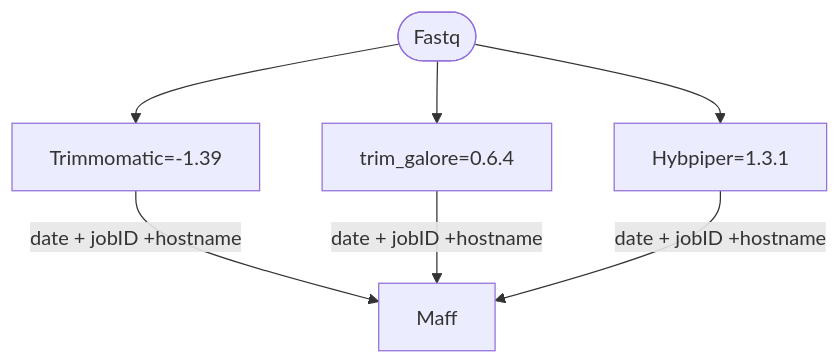
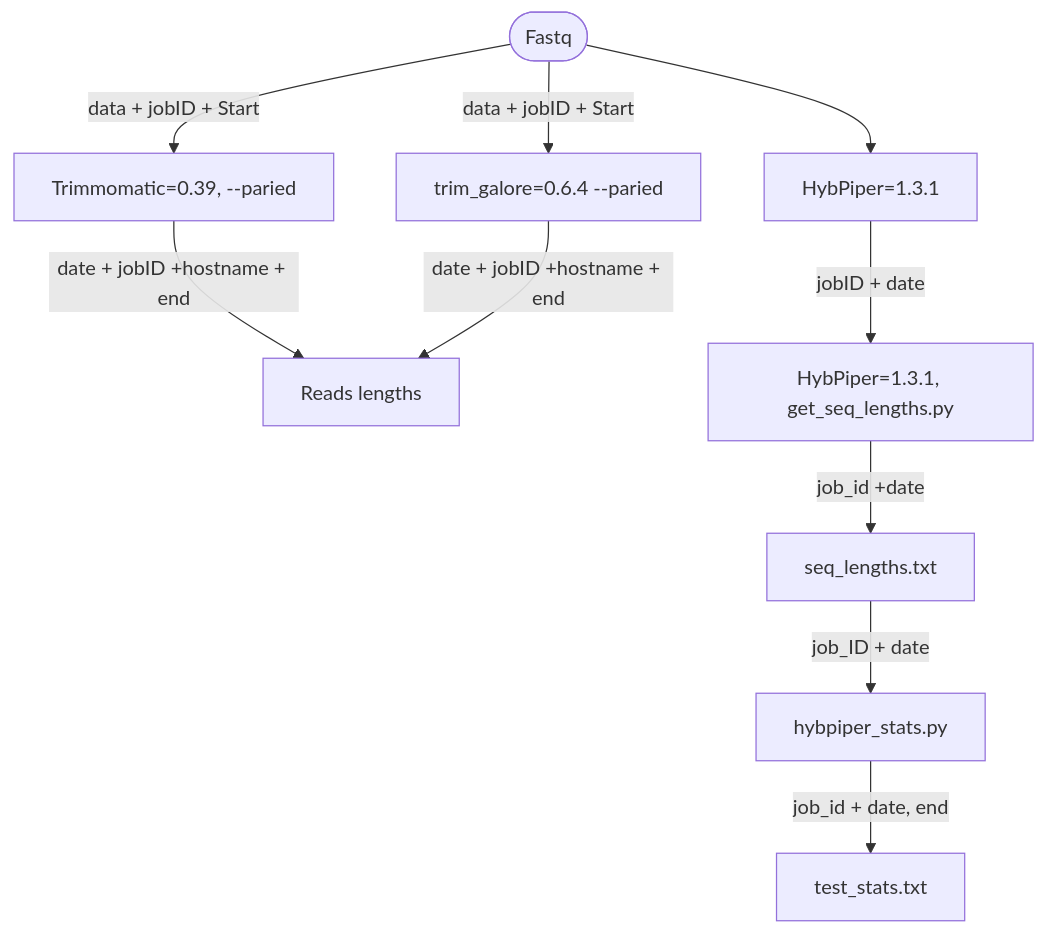
Before and after one commit to CDanielDuarte/Ata_Pibic_2024.github.io: the diagram in digram.qmd, drawn with Mermaid.

`````diff
--- a/digram.qmd
+++ b/digram.qmd
@@ -12,6 +12,13 @@
 ````{mermaid}
 flowchart TD
-   data([Fastq]) -->  A[Trimmomatic=-1.39] & B[trim_galore=0.6.4] & C[Hybpiper=1.3.1]
-   A & B & C --> |date + jobID +hostname| D[Maff]
+   data([Fastq]) --> |data + jobID + Start| A[Trimmomatic=0.39, --paried] & B[trim_galore=0.6.4 --paried] 
+   A & B  --> |date + jobID +hostname + end| D[Reads lengths]
+
+    data --> E
+   E[HybPiper=1.3.1] --> |jobID + date| F[HybPiper=1.3.1, get_seq_lengths.py] 
+   F --> |job_id +date| G[seq_lengths.txt]
+   G --> |job_ID + date| H[hybpiper_stats.py] 
+   H --> |job_id + date, end| I[test_stats.txt]
+   
 
 ````
`````
